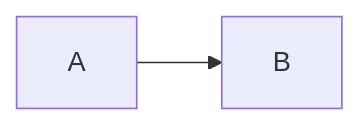
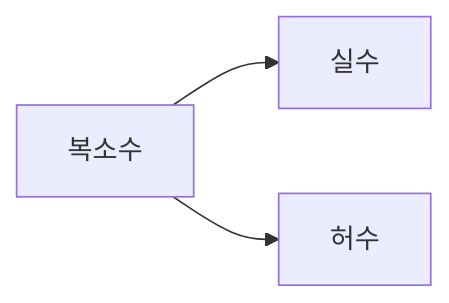
One commit to answeredbyablemind/answeredbyablemind.github.io changed the diagram in _posts/2019-06-15-허수의 존재 의미에 대하여.md. Above: the diagram before and after it, drawn with Mermaid.

Commit message:
Update 2019-06-15-허수의 존재 의미에 대하여.md

````diff
--- a/_posts/2019-06-15-허수의 존재 의미에 대하여.md
+++ b/_posts/2019-06-15-허수의 존재 의미에 대하여.md
@@ -14,4 +14,5 @@
 ```mermaid
 graph LR
-  A--> B
+  A[복소수]--> B[실수]
+  A--> C[허수]
 ```
````
